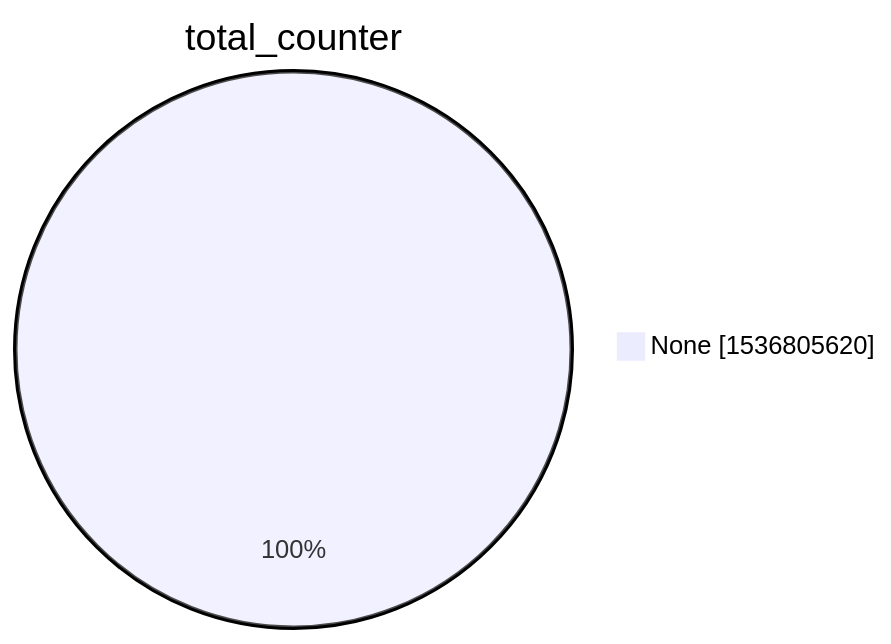
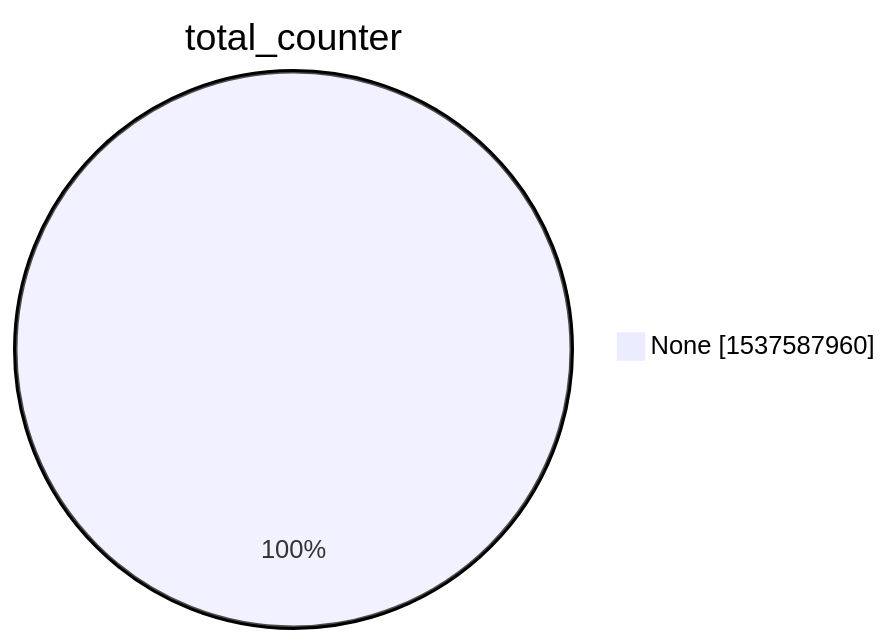
Before and after one commit to christiankrug/ctmonitor_visualization: the second of 15 diagrams in xenon2022/README.md, drawn with Mermaid. The commit also changed other lines of this file, not shown here.

````diff
--- a/xenon2022/README.md
+++ b/xenon2022/README.md
@@ -9,5 +9,5 @@
 ```mermaid
 pie showData
 title total_counter
-"None" :1536805620
+"None" :1537587960
 ```
````
